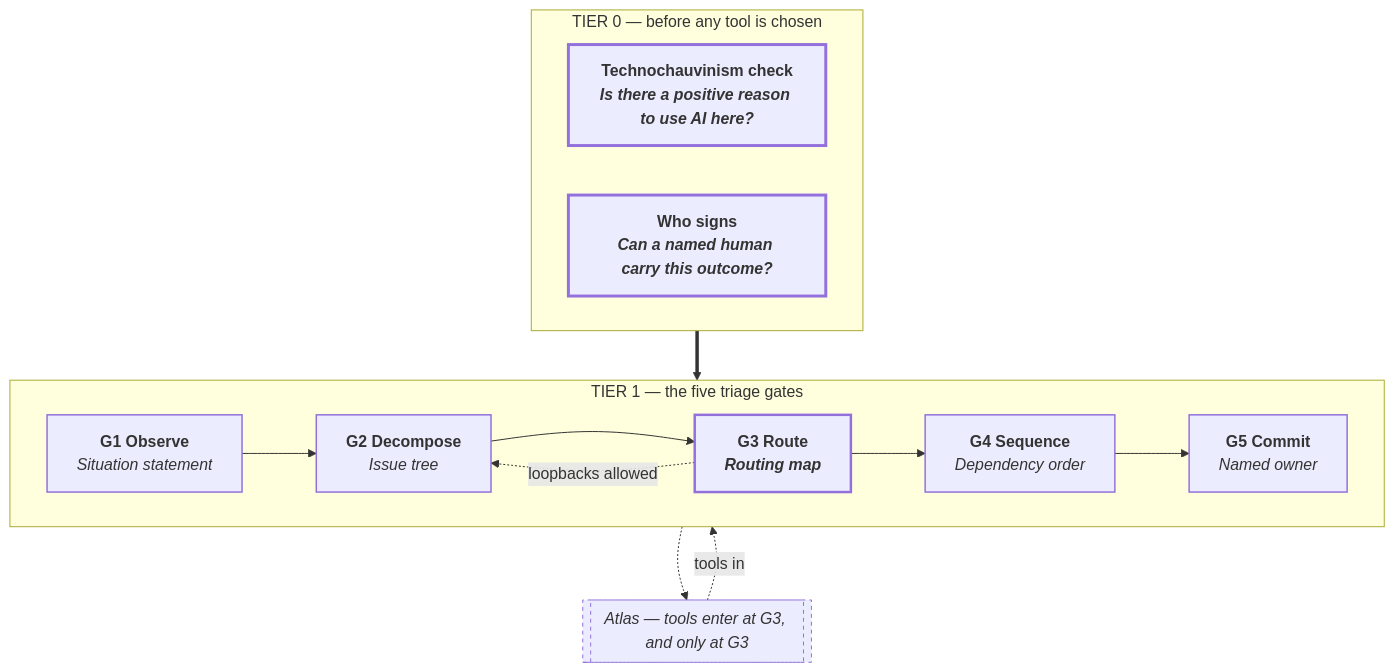
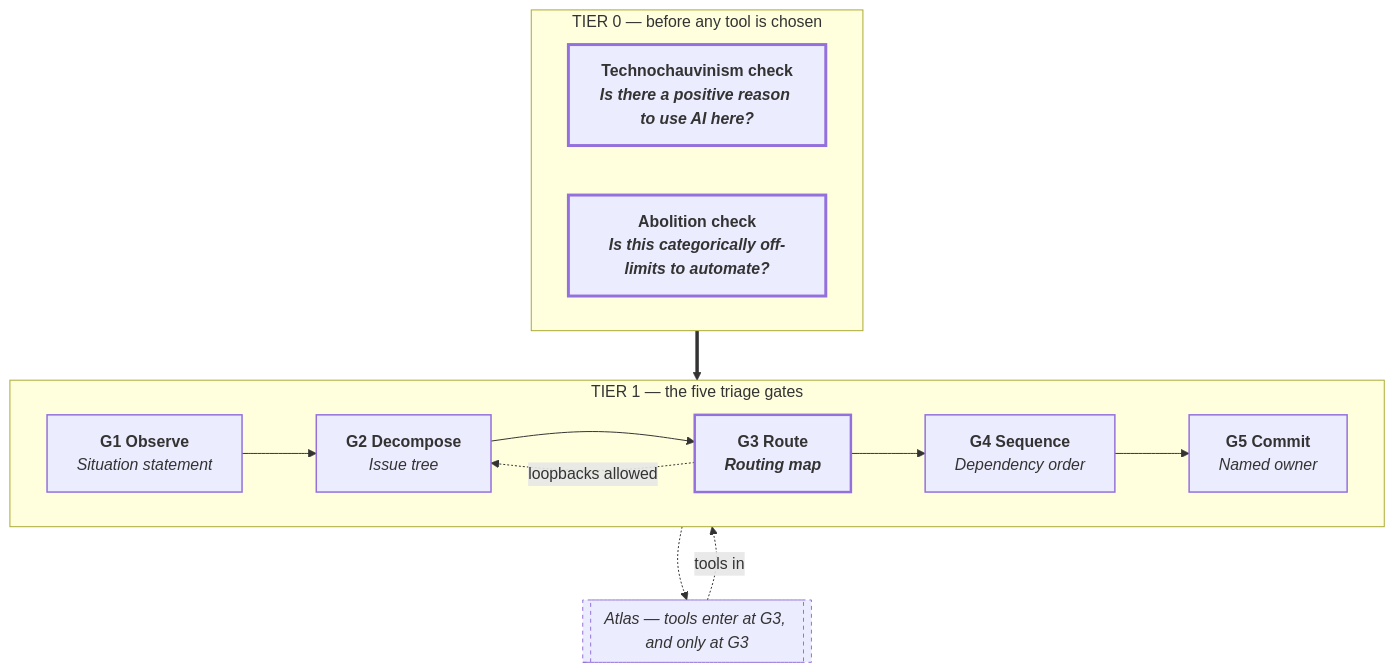
The diagram in docs/ch-3.md (saviranta/know-when-to-ai), drawn with Mermaid before and after one commit. The commit also changed other lines of this file and 3 other files, not shown here.

First line of the commit message:
Narrow Tier-0 Gate 2 to abolition check; move controls viability into G3

````diff
--- a/docs/ch-3.md
+++ b/docs/ch-3.md
@@ -11,28 +11,28 @@
 ```mermaid
 flowchart TD
   subgraph TIER0["TIER 0 &mdash; before any tool is chosen"]
     direction LR
     G0A["<b>Technochauvinism check</b><br/><i>Is there a positive reason to use AI here?</i>"]
-    G0B["<b>Who signs</b><br/><i>Can a named human carry this outcome?</i>"]
+    G0B["<b>Abolition check</b><br/><i>Is this categorically off-limits to automate?</i>"]
   end
 
   TIER0 ==> TIER1
 
   subgraph TIER1["TIER 1 &mdash; the five triage gates"]
     direction LR
     G1["<b>G1 Observe</b><br/><i>Situation statement</i>"] --> G2["<b>G2 Decompose</b><br/><i>Issue tree</i>"] --> G3["<b>G3 Route</b><br/><i>Routing map</i>"] --> G4["<b>G4 Sequence</b><br/><i>Dependency order</i>"] --> G5["<b>G5 Commit</b><br/><i>Named owner</i>"]
     G3 -. "loopbacks allowed" .-> G2
   end
 
   TIER1 -.-> ATLAS[["Atlas &mdash; tools enter at G3, and only at G3"]]
   ATLAS -. "tools in" .-> G3
 
   classDef tier0Gate stroke-width:3px,font-weight:bold;
   classDef tier1Gate stroke-width:1.5px;
   classDef loadBearing stroke-width:2.5px,font-weight:bold;
   classDef atlasNote stroke-dasharray:4 4,stroke-width:1px,font-style:italic;
   class G0A,G0B tier0Gate;
   class G1,G2,G4,G5 tier1Gate;
   class G3 loadBearing;
   class ATLAS atlasNote;
 ```
````
